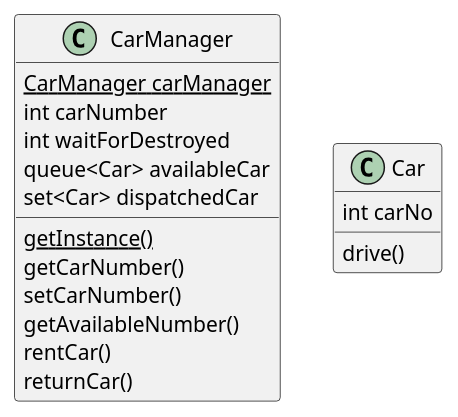
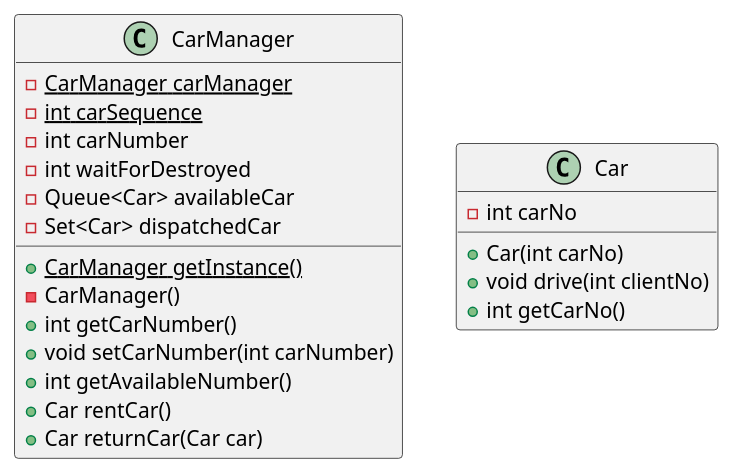
Before and after one commit to gama79530/DesignPattern: the diagram in SingletonPattern/example.puml, drawn with PlantUML. The commit also changed 9 other files, not shown here.

Commit message:
Modify: tuining the UML and refining code

```diff
--- a/SingletonPattern/example.puml
+++ b/SingletonPattern/example.puml
@@ -1,24 +1,29 @@
 @startuml example
 hide empty members
 
 class CarManager{
-    {static} CarManager carManager
-    int carNumber
-    int waitForDestroyed
-    queue<Car> availableCar
-    set<Car> dispatchedCar
+    - {static} CarManager carManager
+    - {static} int carSequence
+    - int carNumber
+    - int waitForDestroyed
+    - Queue<Car> availableCar
+    - Set<Car> dispatchedCar
     
-    {static} getInstance()
-    getCarNumber()
-    setCarNumber()
-    getAvailableNumber()
-    rentCar()
-    returnCar()
+    + {static} CarManager getInstance()
+    - CarManager()
+    + int getCarNumber()
+    + void setCarNumber(int carNumber)
+    + int getAvailableNumber()
+    + Car rentCar()
+    + Car returnCar(Car car)
 }
 
 class Car{
-    int carNo
-    drive()
+    - int carNo
+
+    + Car(int carNo)
+    + void drive(int clientNo)
+    + int getCarNo()
 }
 
 @enduml
```
